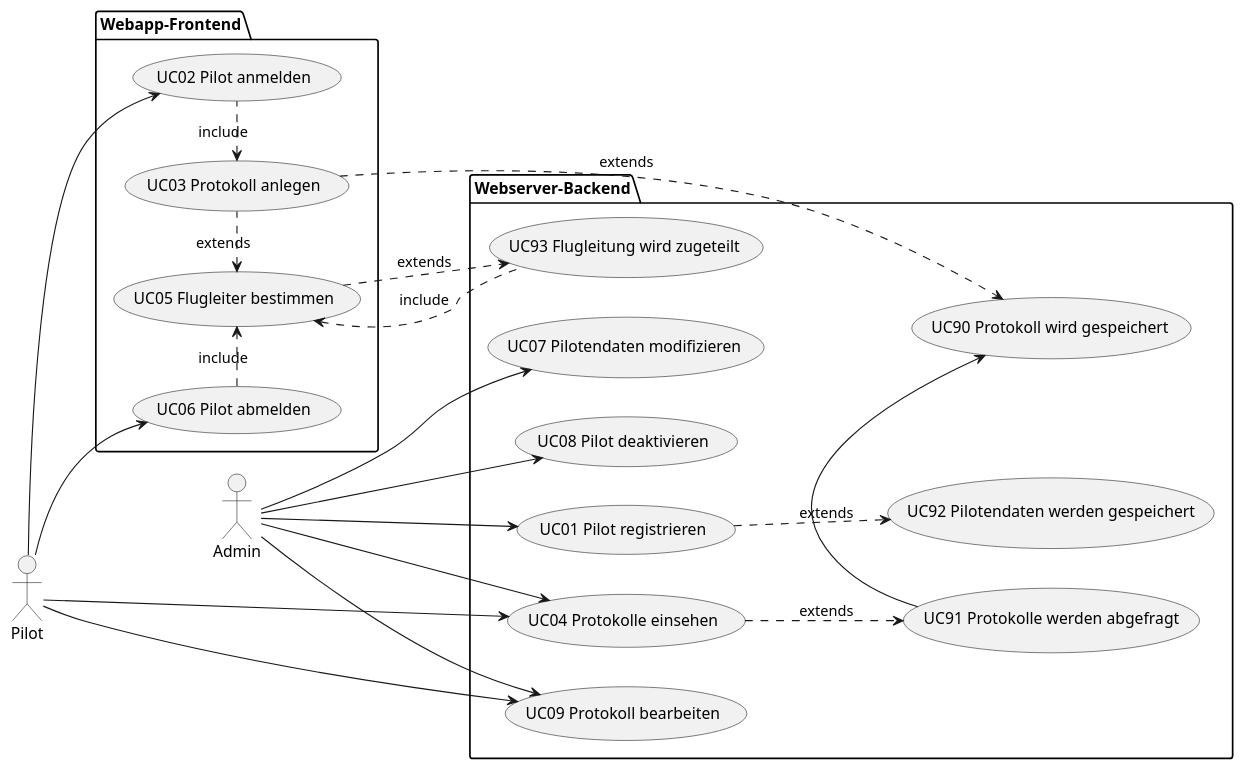
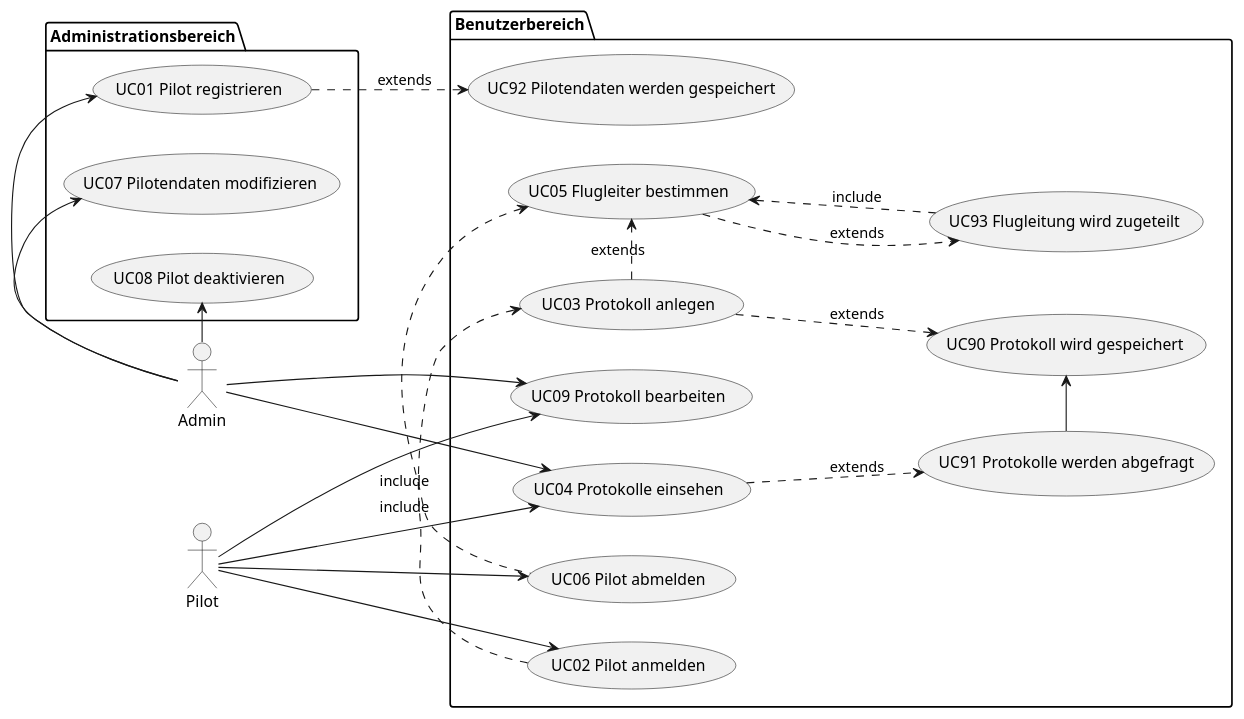
The diagram in docs/requirements/use-case_model.adoc (jakobkmar/E09-modellflug-logbuch), drawn with PlantUML before and after one commit. The commit also changed other lines of this file, not shown here.

Commit message:
changed packages front-/backend to admin/user (#51)

```diff
--- a/docs/requirements/use-case_model.adoc
+++ b/docs/requirements/use-case_model.adoc
@@ -25,44 +25,47 @@
 [plantuml, "{diagramsdir}/gesamter Use-Case", svg]
 ....
 @startuml
 left to right direction
 "Admin" as ac01
 "Pilot" as ac02
-package Webapp-Frontend {
+package Benutzerbereich {
     "UC02 Pilot anmelden" as (uc02) 
     "UC03 Protokoll anlegen" as (uc03)
+    "UC04 Protokolle einsehen" as (uc04)
     "UC05 Flugleiter bestimmen" as (uc05)
     "UC06 Pilot abmelden" as (uc06)
-}
-
-package Webserver-Backend {
-    "UC01 Pilot registrieren" as (uc01)
-    "UC04 Protokolle einsehen" as (uc04)
-    "UC07 Pilotendaten modifizieren" as (uc07)
-    "UC08 Pilot deaktivieren" as (uc08)
     "UC09 Protokoll bearbeiten" as (uc09)
     "UC90 Protokoll wird gespeichert" as (uc90)
     "UC91 Protokolle werden abgefragt" as (uc91)
     "UC92 Pilotendaten werden gespeichert" as (uc92)
     "UC93 Flugleitung wird zugeteilt" as (uc93)
 }
-ac01 -d-> uc01
+
+package Administrationsbereich {
+    "UC01 Pilot registrieren" as (uc01)
+    "UC07 Pilotendaten modifizieren" as (uc07)
+    "UC08 Pilot deaktivieren" as (uc08)
+
+}
+ac01 -l-> uc01
 ac01 -d-> uc04
-ac01 -d-> uc07
-ac01 -d-> uc08
+
+ac01 -l-> uc07
+ac01 -l-> uc08
+
 ac01 --> uc09
 ac02 -d-> uc02
 ac02 -d-> uc06
 ac02 --> uc09
 ac02 --> uc04
 uc01 .d.> uc92 :extends
-uc02 .l.> uc03 :include
-uc03 .l.> uc05 :extends
+uc02 .r.> uc03 :include
+uc03 .r.> uc05 :extends
 uc03 .d.> uc90 :extends
 uc04 .d.> uc91 :extends
 uc05 .d.> uc93 :extends
-uc06 .r.> uc05 :include
+uc06 .l.> uc05 :include
 uc91 -r-> uc90
 uc93 .u.> uc05 :include
 @enduml
 ....
```
